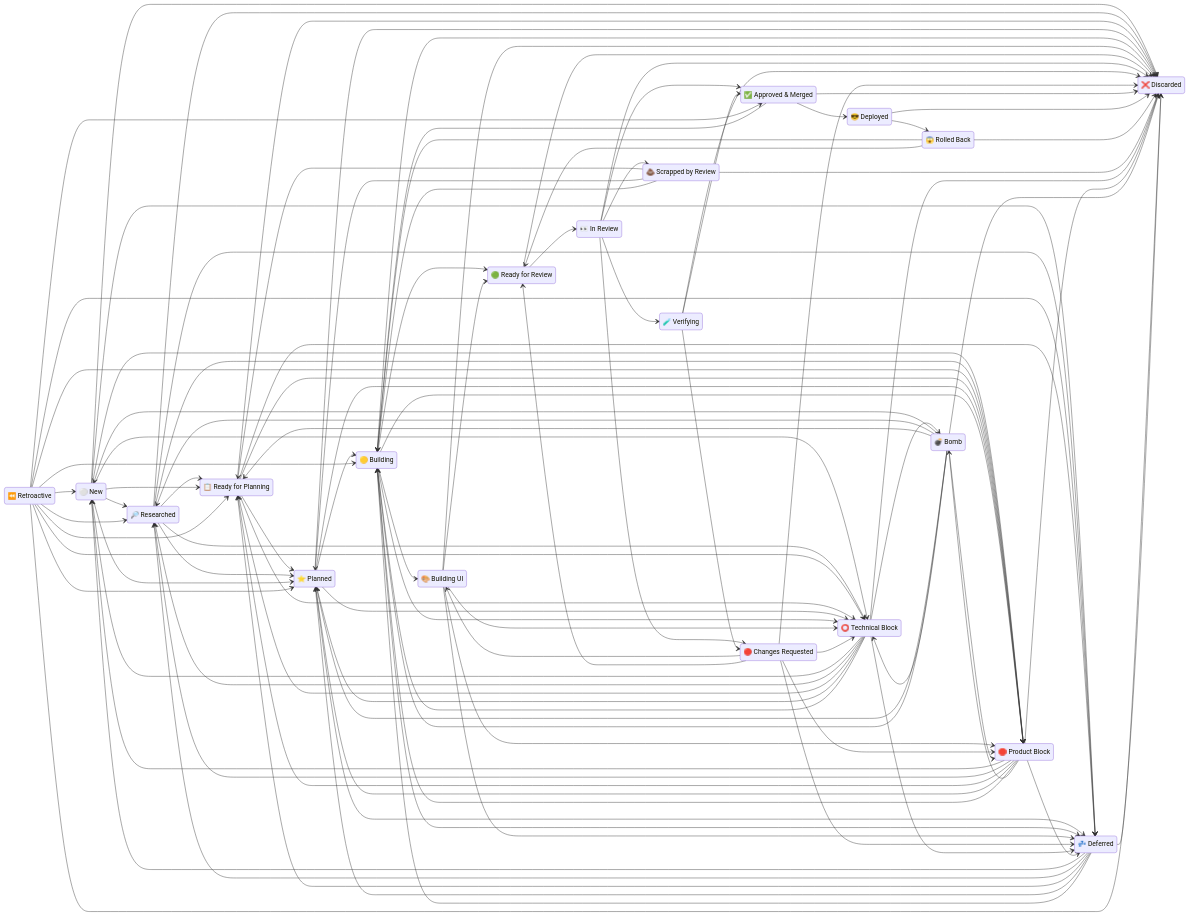
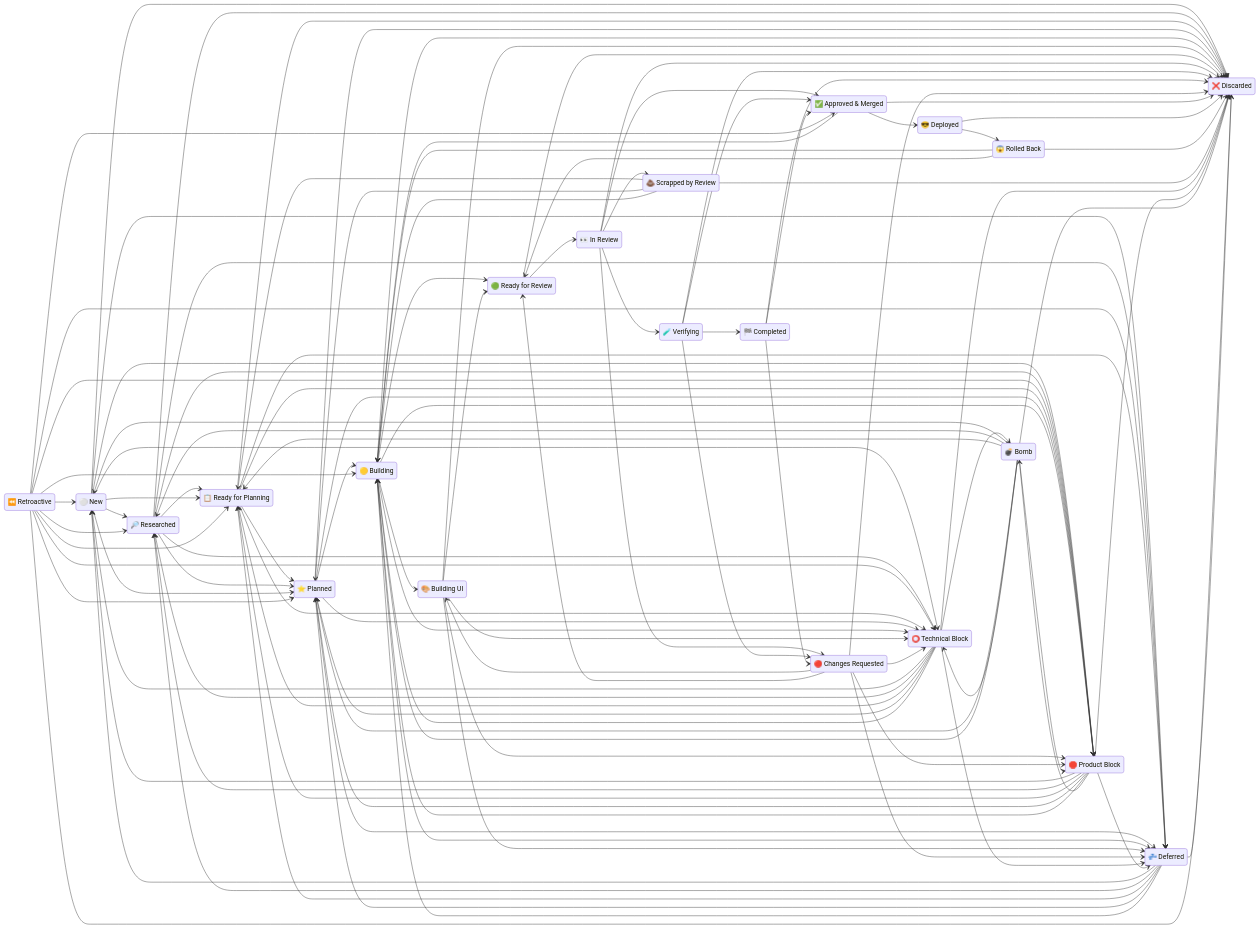
The diagram in docs/WORKFLOW.md (kigster/openlanes), drawn with Mermaid before and after one commit. The commit also changed other lines of this file, not shown here.

```diff
--- a/docs/WORKFLOW.md
+++ b/docs/WORKFLOW.md
@@ -172,6 +174,7 @@
     ready_for_review : 🟢 Ready for Review
     in_review : 👀 In Review
     verifying : 🧪 Verifying
+    completed : 🏁 Completed
     rejected : 🔴 Changes Requested
     approved : ✅ Approved & Merged
     deployed : 😎 Deployed
@@ -229,11 +232,14 @@
     rolled_back --> ready_for_review
     ready_for_review --> in_review
     in_review --> verifying
+    verifying --> completed
     in_review --> approved
     verifying --> approved
+    completed --> approved
     retroactive --> approved
     in_review --> rejected
     verifying --> rejected
+    completed --> rejected
     in_review --> shit
     approved --> deployed
     deployed --> rolled_back
@@ -276,6 +282,7 @@
     ready_for_review --> discarded
     in_review --> discarded
     verifying --> discarded
+    completed --> discarded
     rejected --> discarded
     approved --> discarded
     deployed --> discarded
```
